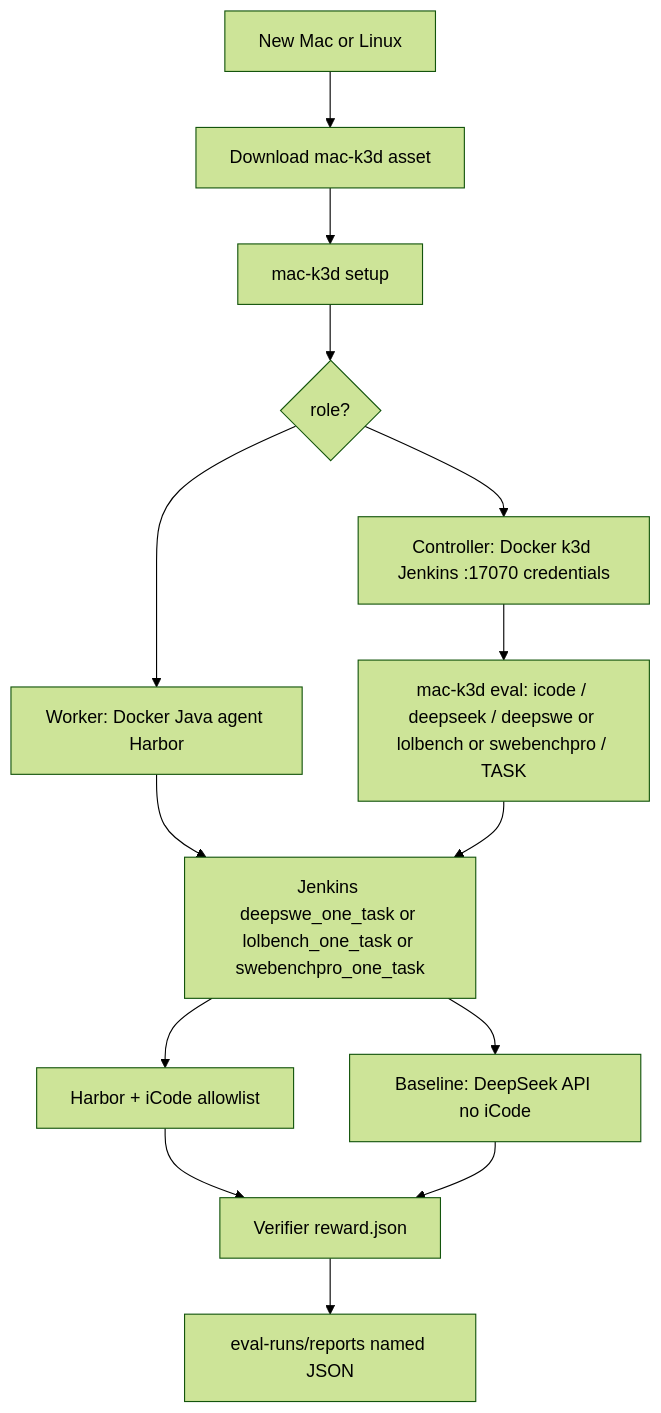
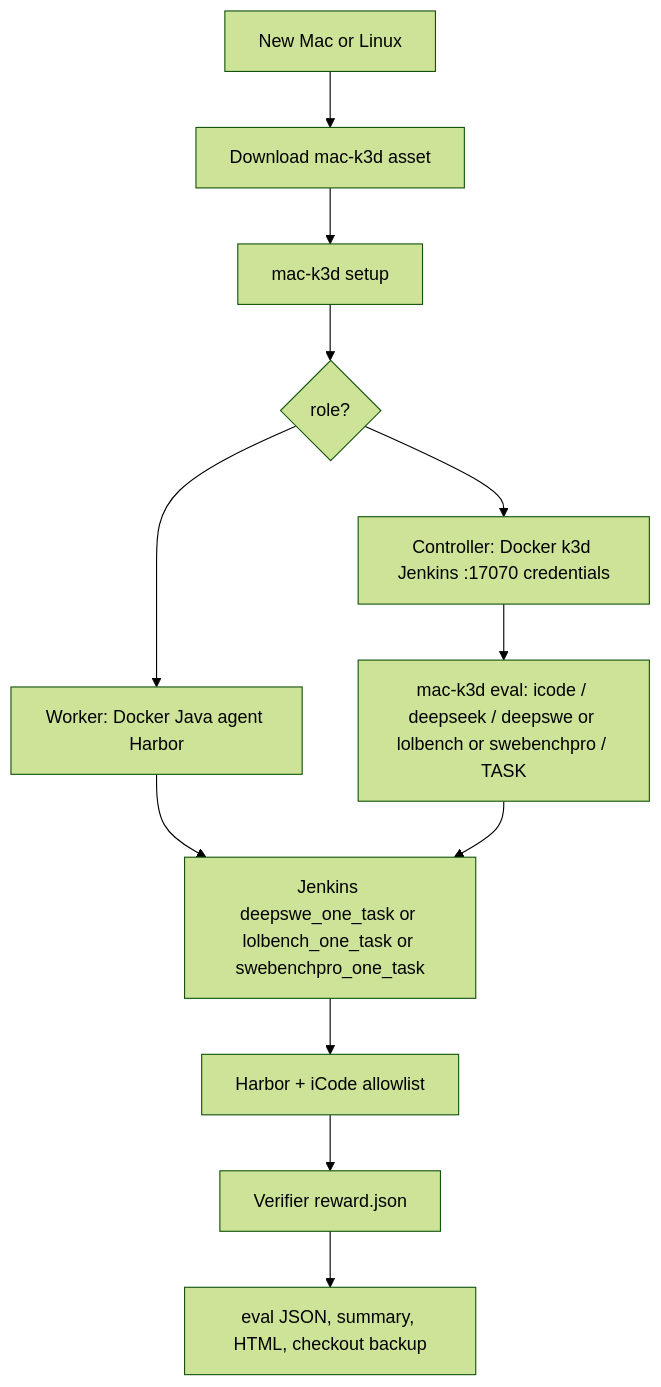
The diagram in docs/workflow.md (Toby-Yu/mac-k3d), drawn with Mermaid (forest theme) before and after one commit. The commit also changed other lines of this file and 50 other files, not shown here.

````diff
--- a/docs/workflow.md
+++ b/docs/workflow.md
@@ -39,27 +39,24 @@
 ```mermaid
 flowchart TD
   newHost["New Mac or Linux"]
   bin["Download mac-k3d asset"]
   setup["mac-k3d setup"]
   role{"role?"}
   ctrl["Controller: Docker k3d Jenkins :17070 credentials"]
   work["Worker: Docker Java agent Harbor"]
   evalCli["mac-k3d eval: icode / deepseek / deepswe or lolbench or swebenchpro / TASK"]
   job["Jenkins deepswe_one_task or lolbench_one_task or swebenchpro_one_task"]
   harborA["Harbor + iCode allowlist"]
-  baseB["Baseline: DeepSeek API no iCode"]
   grade["Verifier reward.json"]
-  json["eval-runs/reports named JSON"]
+  json["eval JSON, summary, HTML, checkout backup"]
 
   newHost --> bin --> setup --> role
   role --> ctrl
   role --> work
   ctrl --> evalCli
   work --> job
   evalCli --> job
   job --> harborA
-  job --> baseB
   harborA --> grade
-  baseB --> grade
   grade --> json
 ```
````
